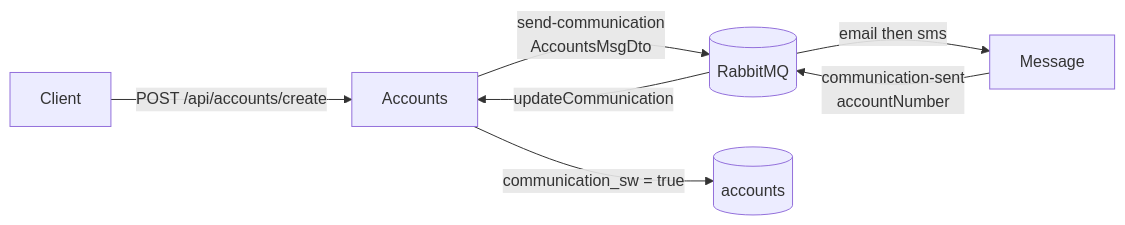
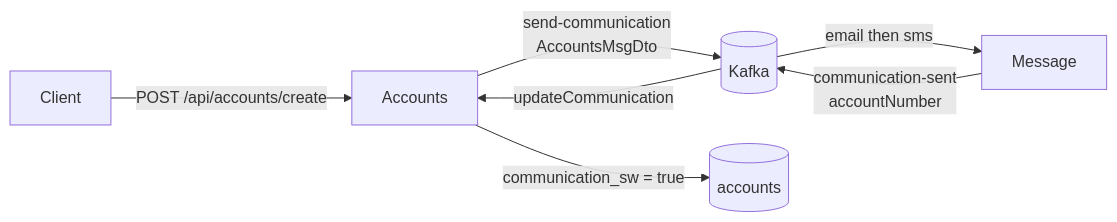
Before and after one commit to cham207388/master-ms-sb: the diagram in accounts/README.md, drawn with Mermaid. The commit also changed other lines of this file and 11 other files, not shown here.

````diff
--- a/accounts/README.md
+++ b/accounts/README.md
@@ -28,9 +28,9 @@
 ```mermaid
 flowchart LR
   Client -->|POST /api/accounts/create| Accounts
-  Accounts -->|send-communication<br/>AccountsMsgDto| RMQ[(RabbitMQ)]
-  RMQ -->|email then sms| Message
-  Message -->|communication-sent<br/>accountNumber| RMQ
-  RMQ -->|updateCommunication| Accounts
+  Accounts -->|send-communication<br/>AccountsMsgDto| KFK[(Kafka)]
+  KFK -->|email then sms| Message
+  Message -->|communication-sent<br/>accountNumber| KFK
+  KFK -->|updateCommunication| Accounts
   Accounts -->|communication_sw = true| DB[(accounts)]
 ```
````
